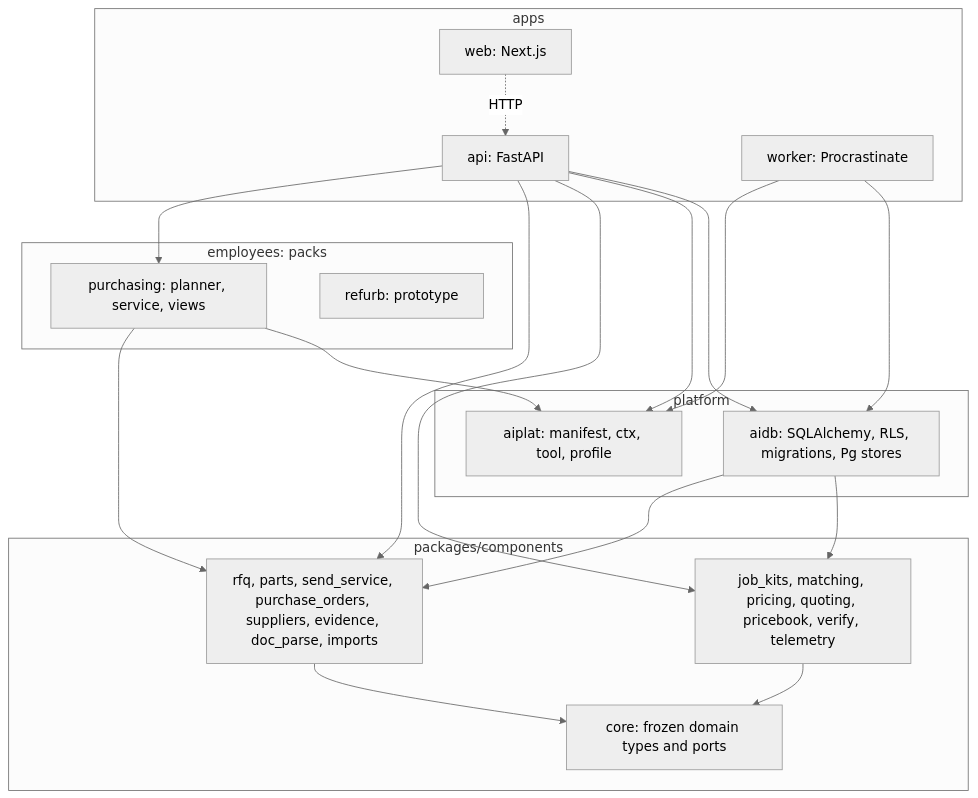
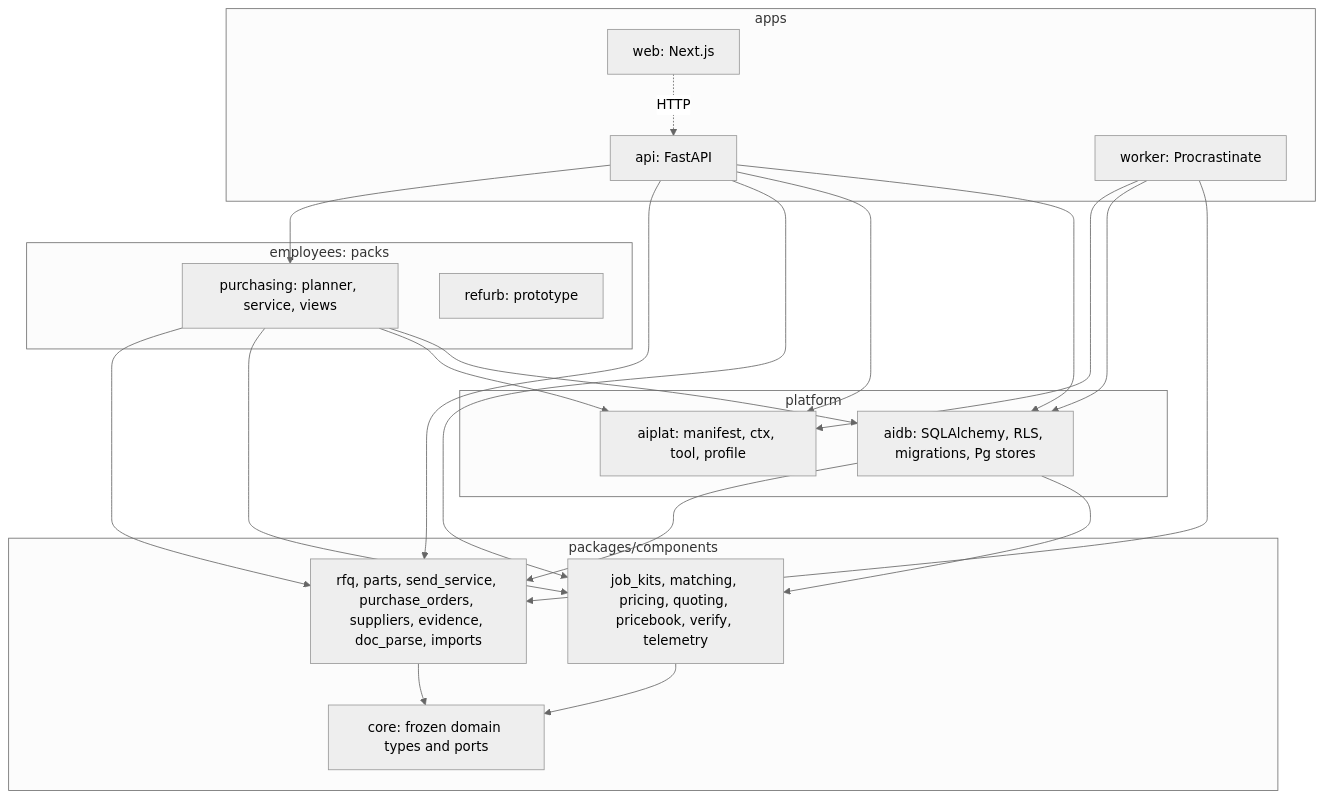
One commit to emre-akarsu/ai-commerce-ideas changed the third of 5 diagrams in docs/technical/01-system-overview.md. Above: the diagram before and after it, drawn with Mermaid (neutral theme). The commit also changed other lines of this file, not shown here.

````diff
--- a/docs/technical/01-system-overview.md
+++ b/docs/technical/01-system-overview.md
@@ -67,35 +71,38 @@
 ```mermaid
 flowchart TB
   subgraph apps["apps"]
     web["web: Next.js"]
     api["api: FastAPI"]
     wk["worker: Procrastinate"]
   end
   subgraph emp["employees: packs"]
     pur["purchasing: planner, service, views"]
     ref["refurb: prototype"]
   end
   subgraph comp["packages/components"]
     c1["rfq, parts, send_service, purchase_orders, suppliers, evidence, doc_parse, imports"]
     c2["job_kits, matching, pricing, quoting, pricebook, verify, telemetry"]
     c3["core: frozen domain types and ports"]
   end
   subgraph plat["platform"]
     aip["aiplat: manifest, ctx, tool, profile"]
     aid["aidb: SQLAlchemy, RLS, migrations, Pg stores"]
   end
   web -.->|HTTP| api
   api --> pur
   api --> c1
   api --> c2
   api --> aip
   api --> aid
   wk --> aip
   wk --> aid
+  wk --> c1
   pur --> c1
+  pur --> c2
   pur --> aip
+  pur --> aid
   c1 --> c3
   c2 --> c3
   aid --> c1
   aid --> c2
 ```
````
